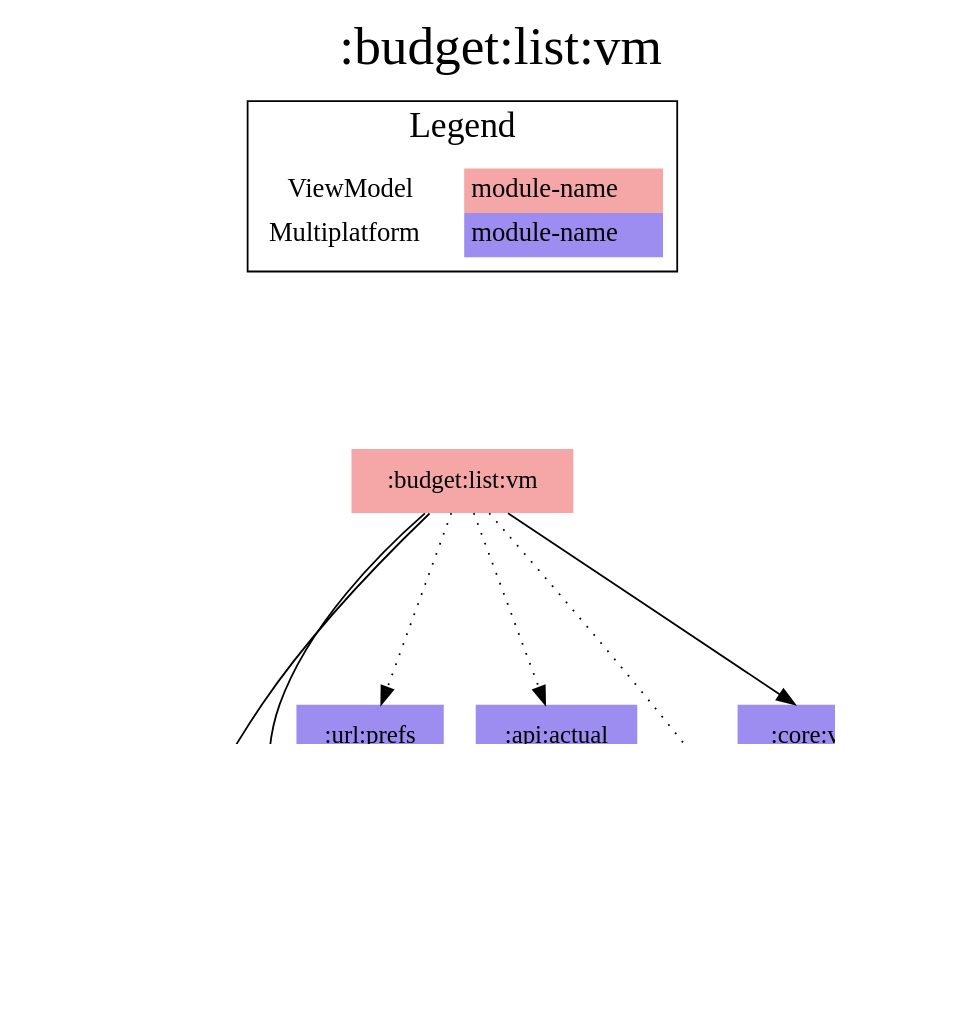
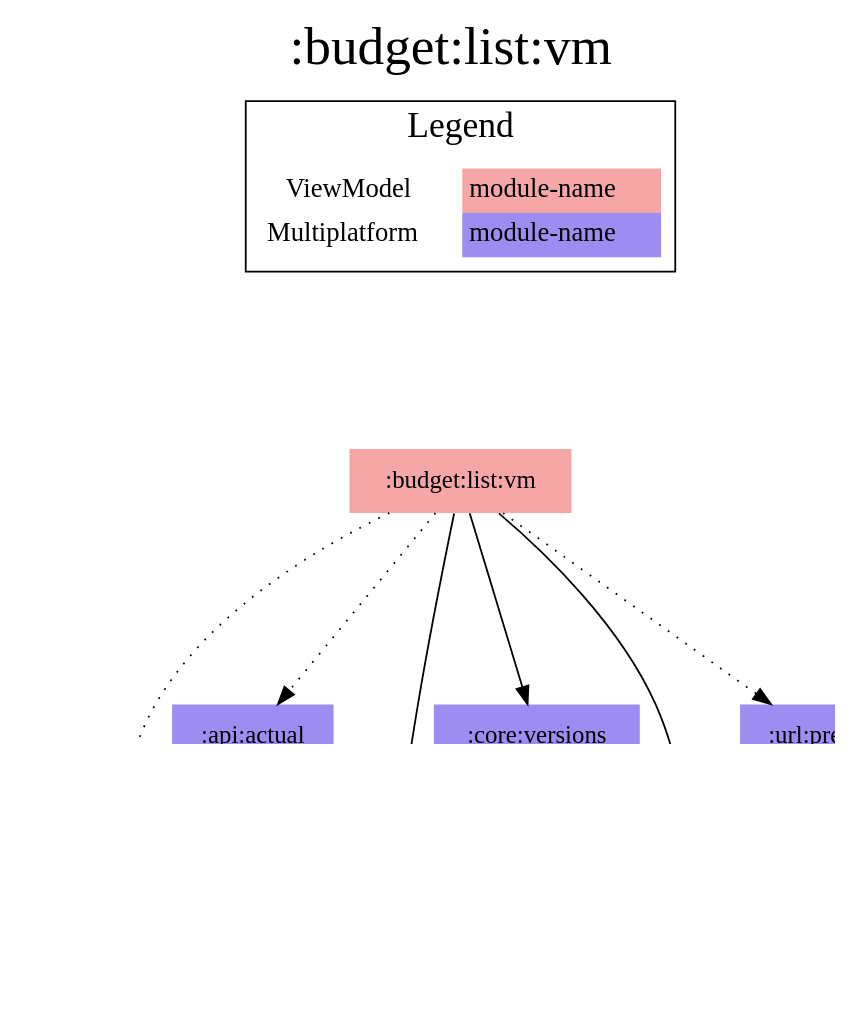
One commit to jonapoul/aktual changed the diagram in modules/budget/list/vm/project-dependency-graph.dot. Above: the diagram before and after it, drawn with Graphviz. The commit also changed 113 other files, not shown here.

```diff
--- a/modules/budget/list/vm/project-dependency-graph.dot
+++ b/modules/budget/list/vm/project-dependency-graph.dot
@@ -1,38 +1,36 @@
 digraph {
 edge ["dir"="forward"]
 graph ["dpi"="100","label"=":budget:list:vm","labelloc"="t","fontsize"="30","ranksep"="1.5","rankdir"="TB"]
 node ["style"="filled"]
+":account:model" ["fillcolor"="#9D8DF1","shape"="none"]
+":api:actual" ["fillcolor"="#9D8DF1","shape"="none"]
 ":budget:list:vm" ["fillcolor"="#F5A6A6","shape"="none"]
 ":budget:model" ["fillcolor"="#9D8DF1","shape"="none"]
 ":core:versions" ["fillcolor"="#9D8DF1","shape"="none"]
 ":url:model" ["fillcolor"="#9D8DF1","shape"="none"]
-":account:model" ["fillcolor"="#9D8DF1","shape"="none"]
-":api:actual" ["fillcolor"="#9D8DF1","shape"="none"]
-":codegen:annotation" ["fillcolor"="#9D8DF1","shape"="none"]
 ":url:prefs" ["fillcolor"="#9D8DF1","shape"="none"]
 {
 edge ["dir"="none"]
 graph ["rank"="same"]
 }
 ":api:actual" -> ":account:model"
 ":api:actual" -> ":budget:model"
-":api:actual" -> ":codegen:annotation" ["style"="dotted"]
 ":api:actual" -> ":url:model"
 ":budget:list:vm" -> ":account:model" ["style"="dotted"]
 ":budget:list:vm" -> ":api:actual" ["style"="dotted"]
 ":budget:list:vm" -> ":budget:model"
 ":budget:list:vm" -> ":core:versions"
 ":budget:list:vm" -> ":url:model"
 ":budget:list:vm" -> ":url:prefs" ["style"="dotted"]
 ":url:prefs" -> ":url:model"
 subgraph "cluster_legend" {
 edge ["dir"="none"]
 graph ["label"="Legend","fontsize"="20"]
 "Legend" ["style"="filled","fillcolor"="#FFFFFF","shape"="none","margin"="0","fontsize"="15","label"=<
 <TABLE BORDER="0" CELLBORDER="0" CELLSPACING="0" CELLPADDING="4">
 <TR><TD>ViewModel</TD><TD BGCOLOR="#F5A6A6">module-name</TD></TR>
 <TR><TD>Multiplatform</TD><TD BGCOLOR="#9D8DF1">module-name</TD></TR>
 </TABLE>
 >]
 } -> ":budget:list:vm" ["style"="invis"]
 }
```
